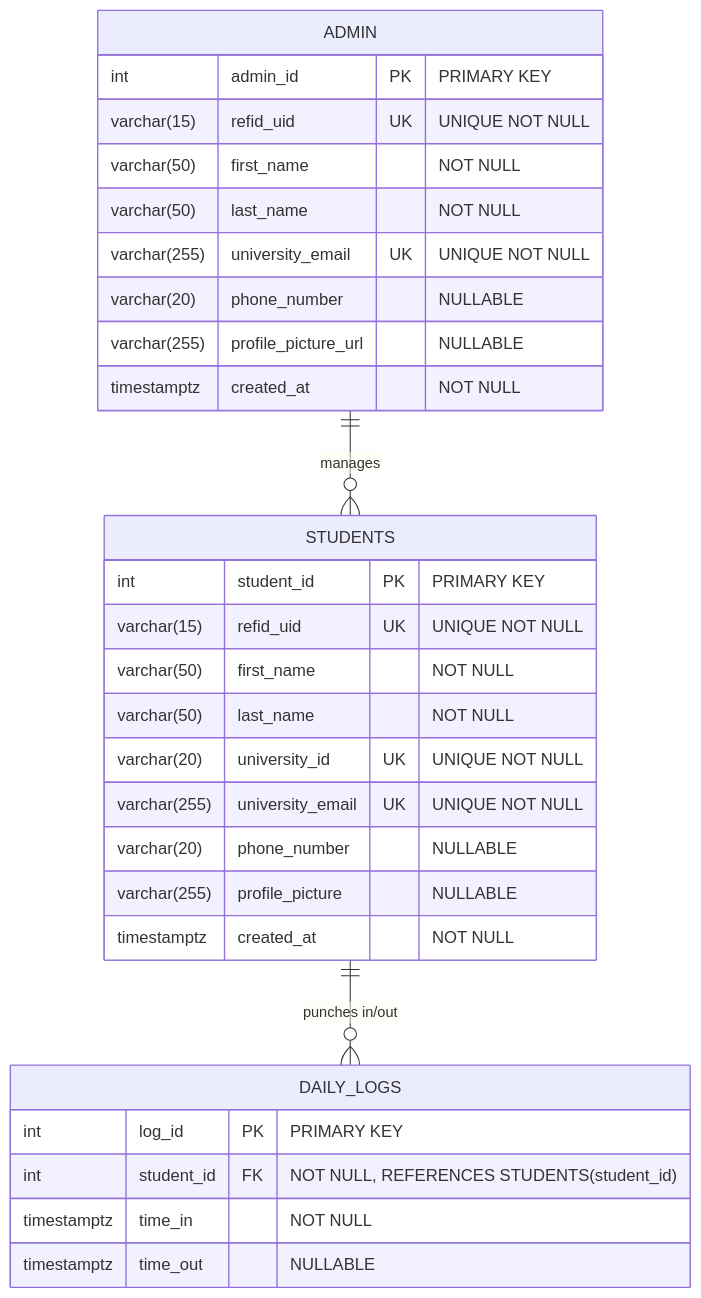
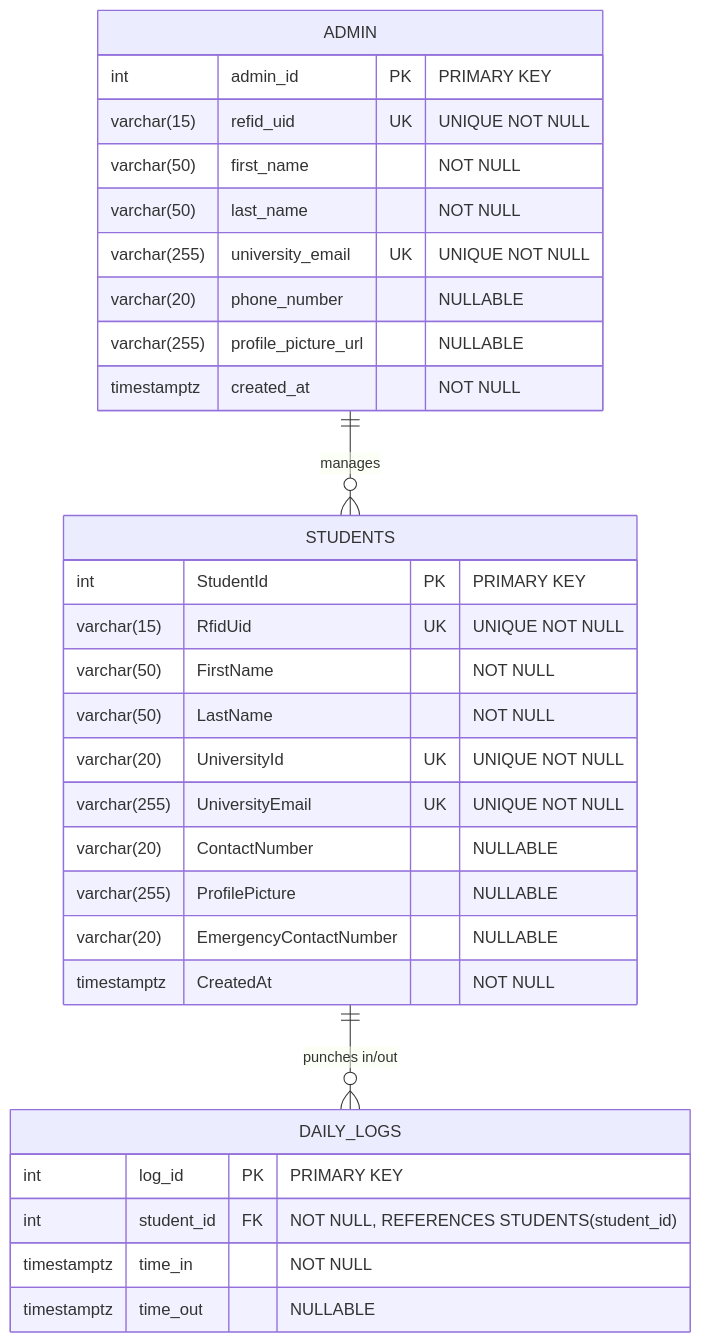
The diagram in ERD.mmd (ThomasDelamort/NUSIS-I2), drawn with Mermaid before and after one commit. The commit also changed 8 other files, not shown here.

```diff
--- a/ERD.mmd
+++ b/ERD.mmd
@@ -1,33 +1,34 @@
 erDiagram
     STUDENTS {
-        int student_id PK "PRIMARY KEY"
-        varchar(15) refid_uid UK "UNIQUE NOT NULL"
-        varchar(50) first_name "NOT NULL"
-        varchar(50) last_name "NOT NULL"
-        varchar(20) university_id UK "UNIQUE NOT NULL"
-        varchar(255) university_email UK "UNIQUE NOT NULL"
-        varchar(20) phone_number "NULLABLE"
-        varchar(255) profile_picture "NULLABLE"
-        timestamptz created_at "NOT NULL"
+        int StudentId PK "PRIMARY KEY"
+        varchar(15) RfidUid UK "UNIQUE NOT NULL"
+        varchar(50) FirstName "NOT NULL"
+        varchar(50) LastName "NOT NULL"
+        varchar(20) UniversityId UK "UNIQUE NOT NULL"
+        varchar(255) UniversityEmail UK "UNIQUE NOT NULL"
+        varchar(20) ContactNumber "NULLABLE"
+        varchar(255) ProfilePicture "NULLABLE"
+        varchar(20) EmergencyContactNumber "NULLABLE"
+        timestamptz CreatedAt "NOT NULL"
     }
 
     ADMIN {
         int admin_id PK "PRIMARY KEY"
         varchar(15) refid_uid UK "UNIQUE NOT NULL"
         varchar(50) first_name "NOT NULL"
         varchar(50) last_name "NOT NULL"
         varchar(255) university_email UK "UNIQUE NOT NULL"
         varchar(20) phone_number "NULLABLE"
         varchar(255) profile_picture_url "NULLABLE"
         timestamptz created_at "NOT NULL"
     }
 
     DAILY_LOGS {
         int log_id PK "PRIMARY KEY"
         int student_id FK "NOT NULL, REFERENCES STUDENTS(student_id)"
         timestamptz time_in "NOT NULL"
         timestamptz time_out "NULLABLE"
     }
 
     ADMIN ||--o{ STUDENTS : "manages"
     STUDENTS ||--o{ DAILY_LOGS : "punches in/out"
```
